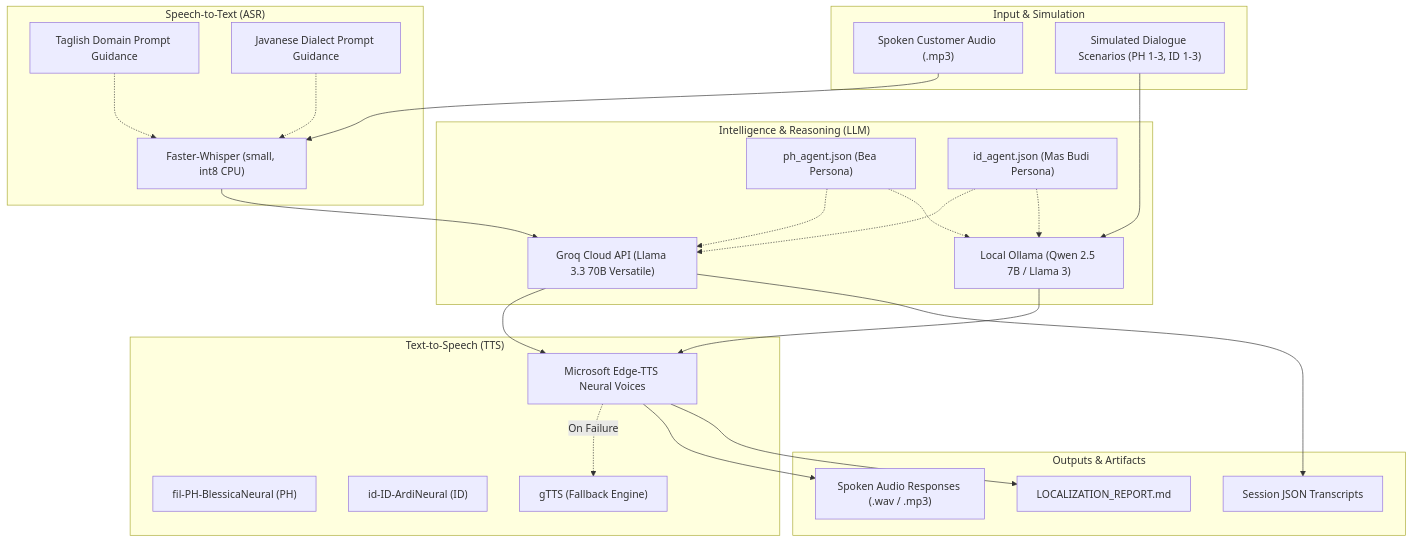
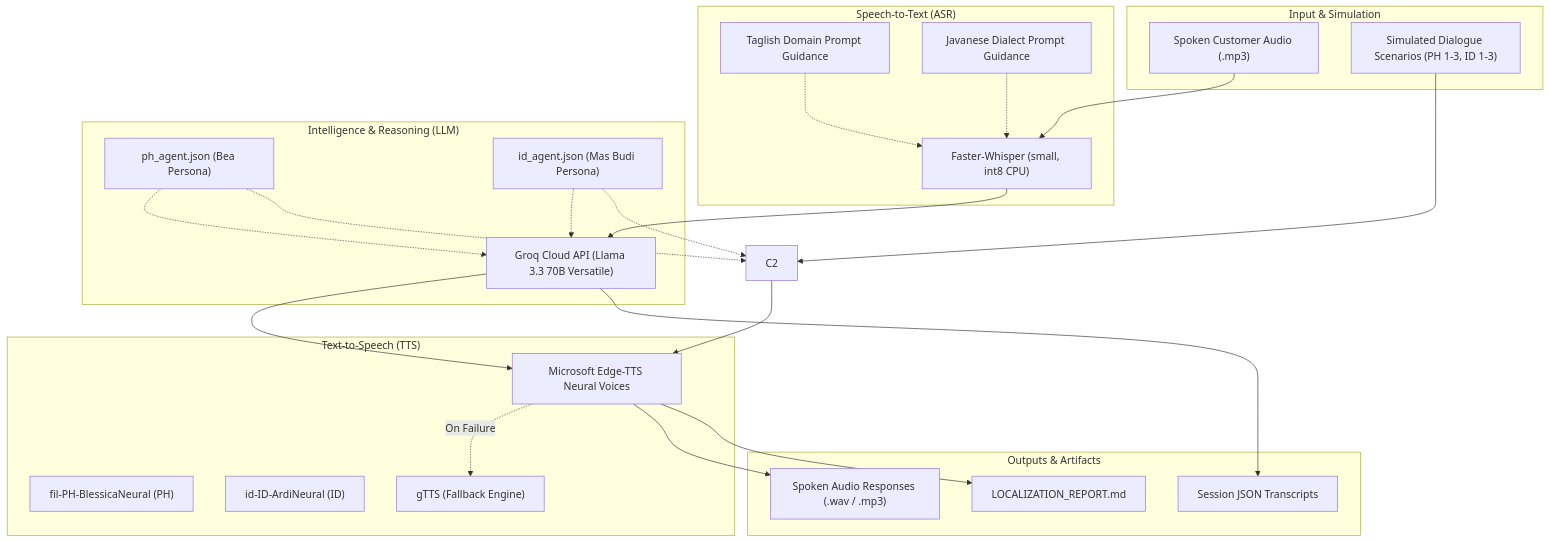
One commit to Ansil-bayan/Localized-Language_Voice_Bots changed the diagram in README.md. Above: the diagram before and after it, drawn with Mermaid. The commit also changed other lines of this file, not shown here.

````diff
--- a/README.md
+++ b/README.md
@@ -33,49 +33,48 @@
 ```mermaid
 flowchart TD
     subgraph Input_Layer ["Input & Simulation"]
         A1["Spoken Customer Audio (.mp3)"]
         A2["Simulated Dialogue Scenarios (PH 1-3, ID 1-3)"]
     end
 
     subgraph ASR_Layer ["Speech-to-Text (ASR)"]
         B["Faster-Whisper (small, int8 CPU)"]
         B1["Taglish Domain Prompt Guidance"]
         B2["Javanese Dialect Prompt Guidance"]
     end
 
     subgraph Intelligence_Layer ["Intelligence & Reasoning (LLM)"]
         C1["Groq Cloud API (Llama 3.3 70B Versatile)"]
-        C2["Local Ollama (Qwen 2.5 7B / Llama 3)"]
         JSON1["ph_agent.json (Bea Persona)"]
         JSON2["id_agent.json (Mas Budi Persona)"]
     end
 
     subgraph TTS_Layer ["Text-to-Speech (TTS)"]
         D1["Microsoft Edge-TTS Neural Voices"]
         D1a["fil-PH-BlessicaNeural (PH)"]
         D1b["id-ID-ArdiNeural (ID)"]
         D2["gTTS (Fallback Engine)"]
     end
 
     subgraph Output_Layer ["Outputs & Artifacts"]
         E1["Spoken Audio Responses (.wav / .mp3)"]
         E2["Session JSON Transcripts"]
         E3["LOCALIZATION_REPORT.md"]
     end
 
     A1 --> B
     B1 -.-> B
     B2 -.-> B
     B --> C1
     A2 --> C2
     JSON1 -.-> C1
     JSON1 -.-> C2
     JSON2 -.-> C1
     JSON2 -.-> C2
     C1 --> D1
     C2 --> D1
     D1 -.->|On Failure| D2
     D1 --> E1
     C1 --> E2
     D1 --> E3
 ```
````
